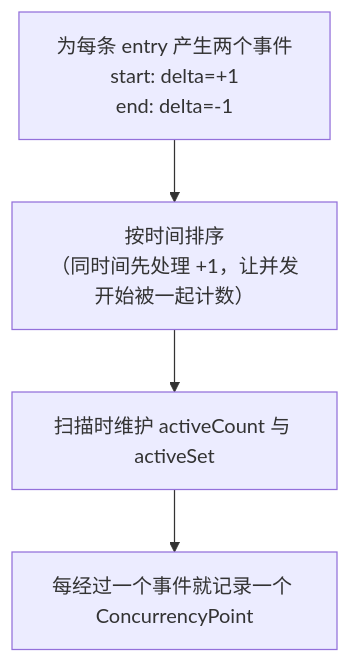
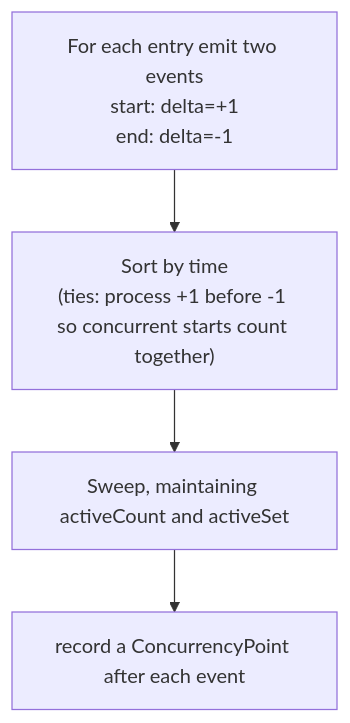
The third of 5 diagrams in website/zh/internals/waterfall.md (hitechcloud-vietnam/har-skills), drawn with Mermaid before and after one commit. The commit also changed other lines of this file and 97 other files, not shown here.

````diff
--- a/website/zh/internals/waterfall.md
+++ b/website/zh/internals/waterfall.md
@@ -165,6 +171,6 @@
 ```mermaid
 flowchart TD
-  EMIT["为每条 entry 产生两个事件<br/>start: delta=+1<br/>end: delta=-1"] --> SORT["按时间排序<br/>（同时间先处理 +1，让并发开始被一起计数）"]
-  SORT --> SWEEP["扫描时维护 activeCount 与 activeSet"]
-  SWEEP --> REC["每经过一个事件就记录一个 ConcurrencyPoint"]
+  EMIT["For each entry emit two events<br/>start: delta=+1<br/>end: delta=-1"] --> SORT["Sort by time<br/>(ties: process +1 before -1 so concurrent starts count together)"]
+  SORT --> SWEEP["Sweep, maintaining activeCount and activeSet"]
+  SWEEP --> REC["record a ConcurrencyPoint after each event"]
 ```
````
